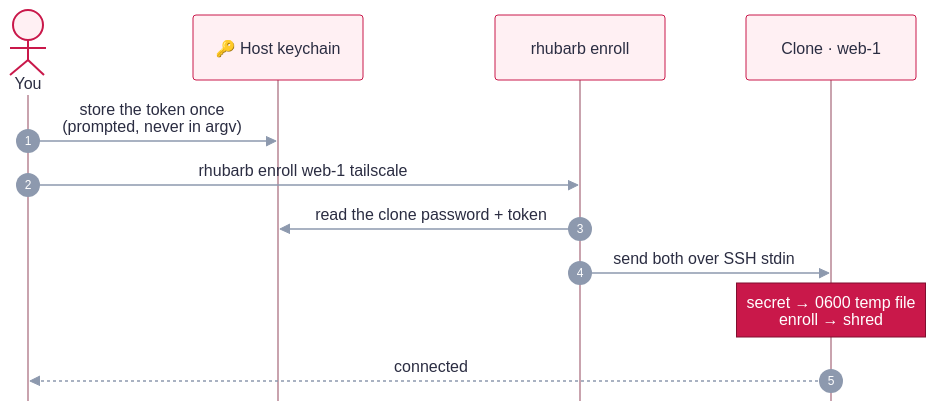
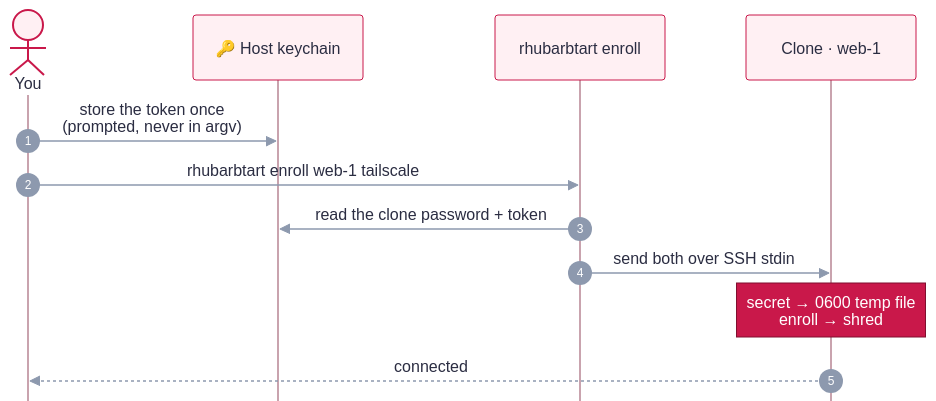
The diagram in docs/using.md (errantpacket/RhubarbTart), drawn with Mermaid before and after one commit. The commit also changed other lines of this file and 51 other files, not shown here.

````diff
--- a/docs/using.md
+++ b/docs/using.md
@@ -224,15 +224,15 @@
 ```mermaid
 %%{init: {'theme':'base','fontFamily':'ui-sans-serif, system-ui, -apple-system, Helvetica, Arial, sans-serif','themeVariables':{'primaryColor':'#fff0f3','primaryBorderColor':'#c9184a','primaryTextColor':'#2b2d42','actorBkg':'#fff0f3','actorBorder':'#c9184a','actorTextColor':'#2b2d42','actorLineColor':'#c9a3ae','signalColor':'#8d99ae','signalTextColor':'#2b2d42','labelBoxBkgColor':'#fff0f3','labelBoxBorderColor':'#c9184a','labelTextColor':'#2b2d42','noteBkgColor':'#c9184a','noteTextColor':'#ffffff','noteBorderColor':'#800f2f','sequenceNumberColor':'#ffffff','activationBkgColor':'#c9184a','activationBorderColor':'#800f2f'},'sequence':{'mirrorActors':false,'messageAlign':'center','boxMargin':10,'noteMargin':10,'width':170}}}%%
 sequenceDiagram
     autonumber
     actor You
     participant KC as 🔑 Host keychain
-    participant EN as rhubarb enroll
+    participant EN as rhubarbtart enroll
     participant VM as Clone · web-1
     You->>KC: store the token once<br/>(prompted, never in argv)
-    You->>EN: rhubarb enroll web-1 tailscale
+    You->>EN: rhubarbtart enroll web-1 tailscale
     EN->>KC: read the clone password + token
     EN->>VM: send both over SSH stdin
     Note over VM: secret → 0600 temp file<br/>enroll → shred
     VM-->>You: connected
 ```
````
